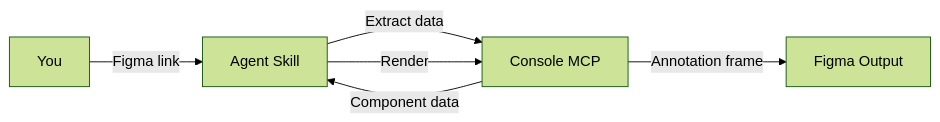
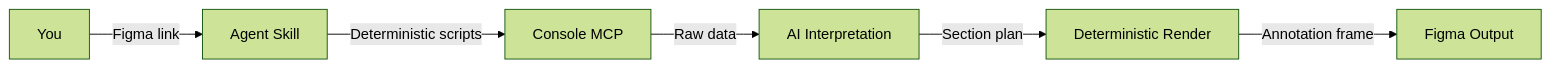
Before and after one commit to redongreen/uSpec: the diagram in docs/specs/structure.mdx, drawn with Mermaid (forest theme). The commit also changed other lines of this file and 8 other files, not shown here.

````diff
--- a/docs/specs/structure.mdx
+++ b/docs/specs/structure.mdx
@@ -80,8 +80,8 @@
 ```mermaid
 flowchart LR
     A[You] -->|Figma link| B[Agent Skill]
-    B -->|Extract data| C[Console MCP]
-    C -->|Component data| B
-    B -->|Render| C
-    C -->|Annotation frame| D[Figma Output]
+    B -->|Deterministic scripts| C[Console MCP]
+    C -->|Raw data| D[AI Interpretation]
+    D -->|Section plan| E[Deterministic Render]
+    E -->|Annotation frame| F[Figma Output]
 ```
````
